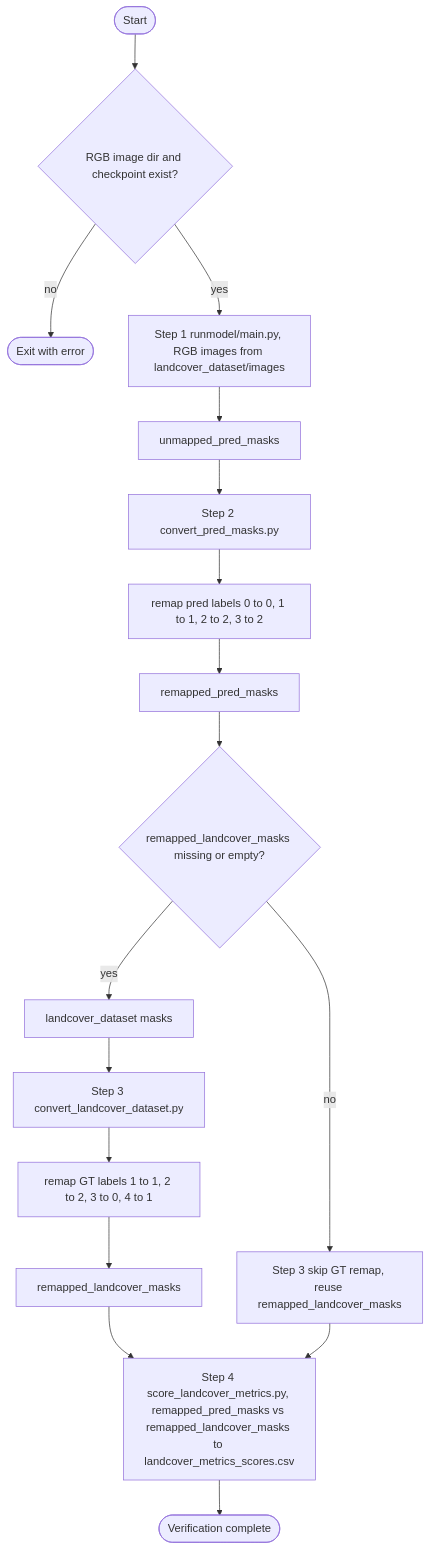
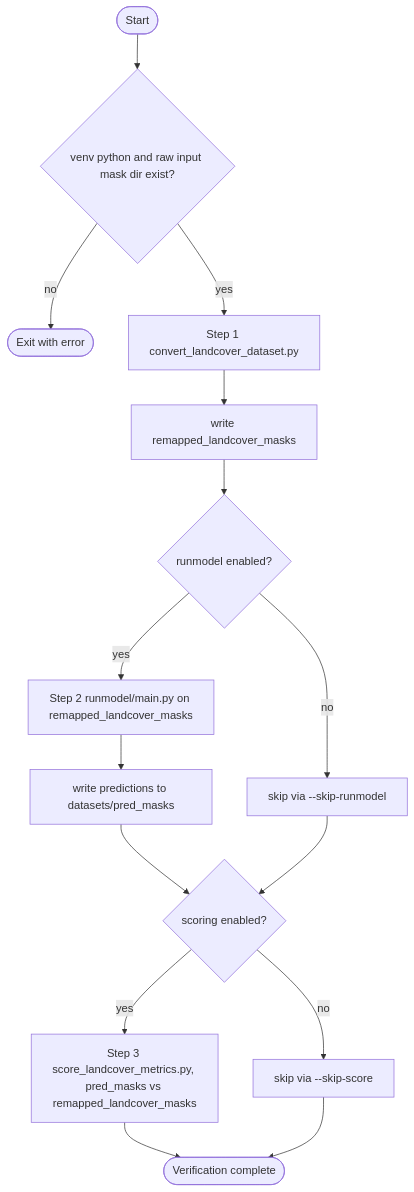
The diagram in landcover_verification/README.md (YawNimo/ndvi-guided-rgb-segmentation), drawn with Mermaid before and after one commit. The commit also changed 3 other files, not shown here.

````diff
--- a/landcover_verification/README.md
+++ b/landcover_verification/README.md
@@ -7,19 +7,17 @@
 ```mermaid
 flowchart TD
-  Start([Start]) --> Preflight{RGB image dir and checkpoint exist?}
+  Start([Start]) --> Preflight{venv python and raw input mask dir exist?}
   Preflight -->|no| Fail([Exit with error])
-  Preflight -->|yes| Infer[Step 1 runmodel/main.py, RGB images from landcover_dataset/images]
-  Infer --> Unmapped[unmapped_pred_masks]
-  Unmapped --> PredScript[Step 2 convert_pred_masks.py]
-  PredScript --> PredRemap[remap pred labels 0 to 0, 1 to 1, 2 to 2, 3 to 2]
-  PredRemap --> PredOut[remapped_pred_masks]
-  PredOut --> GtGate{remapped_landcover_masks missing or empty?}
-  GtGate -->|yes| RawGt[landcover_dataset masks]
-  RawGt --> GtScript[Step 3 convert_landcover_dataset.py]
-  GtScript --> GtRemap[remap GT labels 1 to 1, 2 to 2, 3 to 0, 4 to 1]
-  GtRemap --> GtOut[remapped_landcover_masks]
-  GtGate -->|no| SkipGt[Step 3 skip GT remap, reuse remapped_landcover_masks]
-  GtOut --> Metrics[Step 4 score_landcover_metrics.py, remapped_pred_masks vs remapped_landcover_masks to landcover_metrics_scores.csv]
-  SkipGt --> Metrics
+  Preflight -->|yes| GtScript[Step 1 convert_landcover_dataset.py]
+  GtScript --> GtRemap[write remapped_landcover_masks]
+  GtRemap --> RunGate{runmodel enabled?}
+  RunGate -->|yes| Infer[Step 2 runmodel/main.py on remapped_landcover_masks]
+  Infer --> PredOut[write predictions to datasets/pred_masks]
+  RunGate -->|no| SkipRun[skip via --skip-runmodel]
+  PredOut --> ScoreGate{scoring enabled?}
+  SkipRun --> ScoreGate
+  ScoreGate -->|yes| Metrics[Step 3 score_landcover_metrics.py, pred_masks vs remapped_landcover_masks]
+  ScoreGate -->|no| SkipScore[skip via --skip-score]
   Metrics --> Done([Verification complete])
+  SkipScore --> Done
 ```
````
